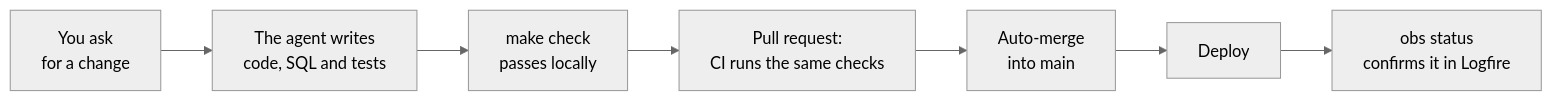
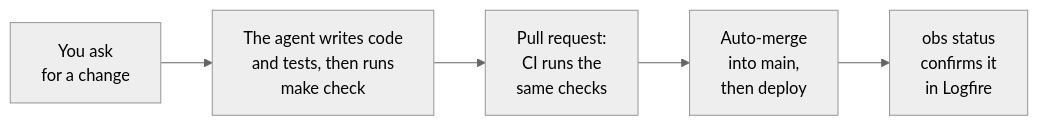
The second of 2 diagrams in README.md (ebotiab/full-stack-blueprint), drawn with Mermaid (neutral theme) before and after one commit. The commit also changed other lines of this file, not shown here.

Commit message:
README: shorter quick-start comments, a smaller change-flow diagram

````diff
--- a/README.md
+++ b/README.md
@@ -72,9 +72,7 @@
 ```mermaid
 flowchart LR
-    ask["You ask<br/>for a change"] --> agent["The agent writes<br/>code, SQL and tests"]
-    agent --> check["make check<br/>passes locally"]
-    check --> pr["Pull request:<br/>CI runs the same checks"]
-    pr --> merge["Auto-merge<br/>into main"]
-    merge --> deploy["Deploy"]
-    deploy --> obs["obs status<br/>confirms it in Logfire"]
+    ask["You ask<br/>for a change"] --> agent["The agent writes code<br/>and tests, then runs<br/>make check"]
+    agent --> pr["Pull request:<br/>CI runs the<br/>same checks"]
+    pr --> deploy["Auto-merge<br/>into main,<br/>then deploy"]
+    deploy --> obs["obs status<br/>confirms it<br/>in Logfire"]
 ```
````
